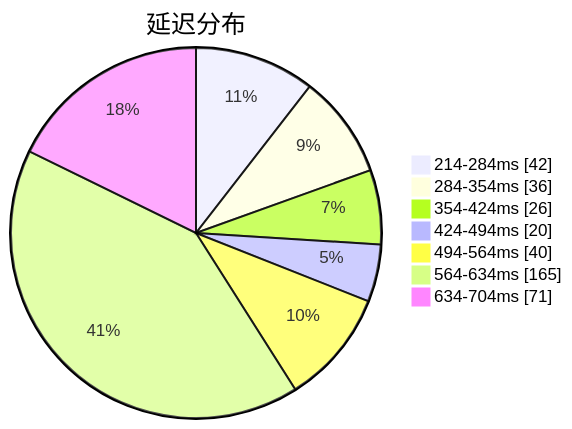
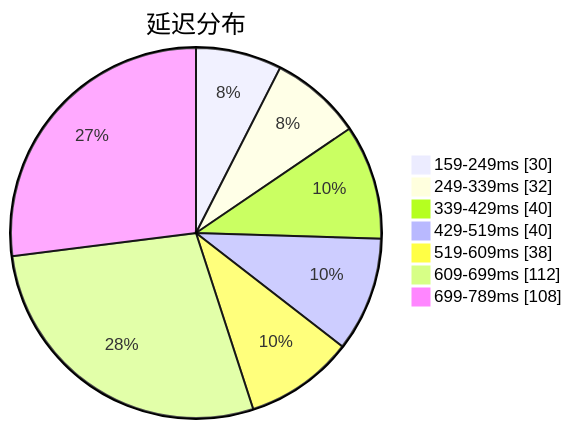
One commit to qjlxg/airport changed the first of 3 diagrams in subs/statistics/tested_within.md. Above: the diagram before and after it, drawn with Mermaid. The commit also changed other lines of this file and 2 other files, not shown here.

Commit message:
Tested by metaST

````diff
--- a/subs/statistics/tested_within.md
+++ b/subs/statistics/tested_within.md
@@ -2,11 +2,11 @@
 ```mermaid
 pie showData
 title 延迟分布
-"214-284ms" : 42
-"284-354ms" : 36
-"354-424ms" : 26
-"424-494ms" : 20
-"494-564ms" : 40
-"564-634ms" : 165
-"634-704ms" : 71
+"159-249ms" : 30
+"249-339ms" : 32
+"339-429ms" : 40
+"429-519ms" : 40
+"519-609ms" : 38
+"609-699ms" : 112
+"699-789ms" : 108
 ```
````
